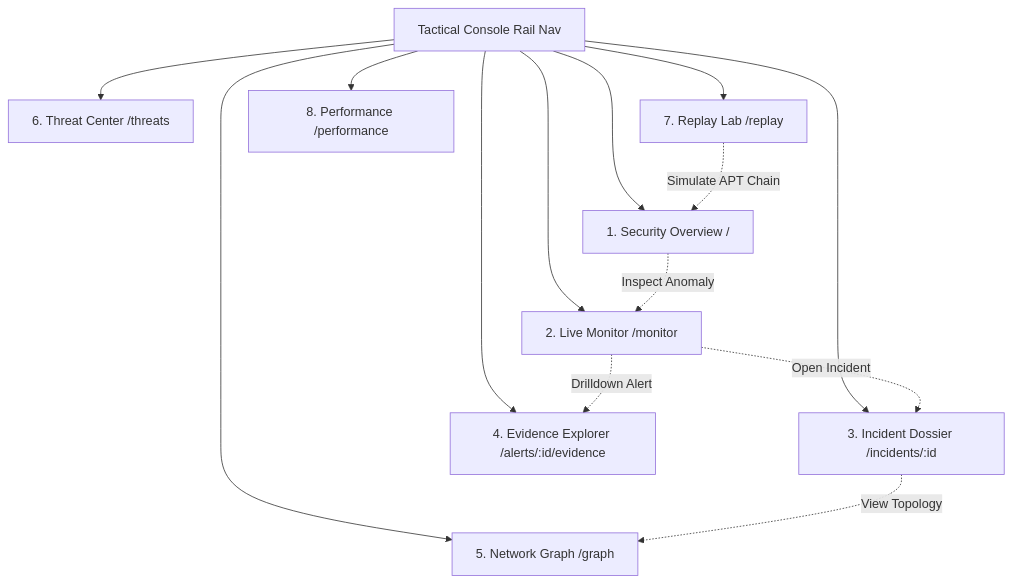
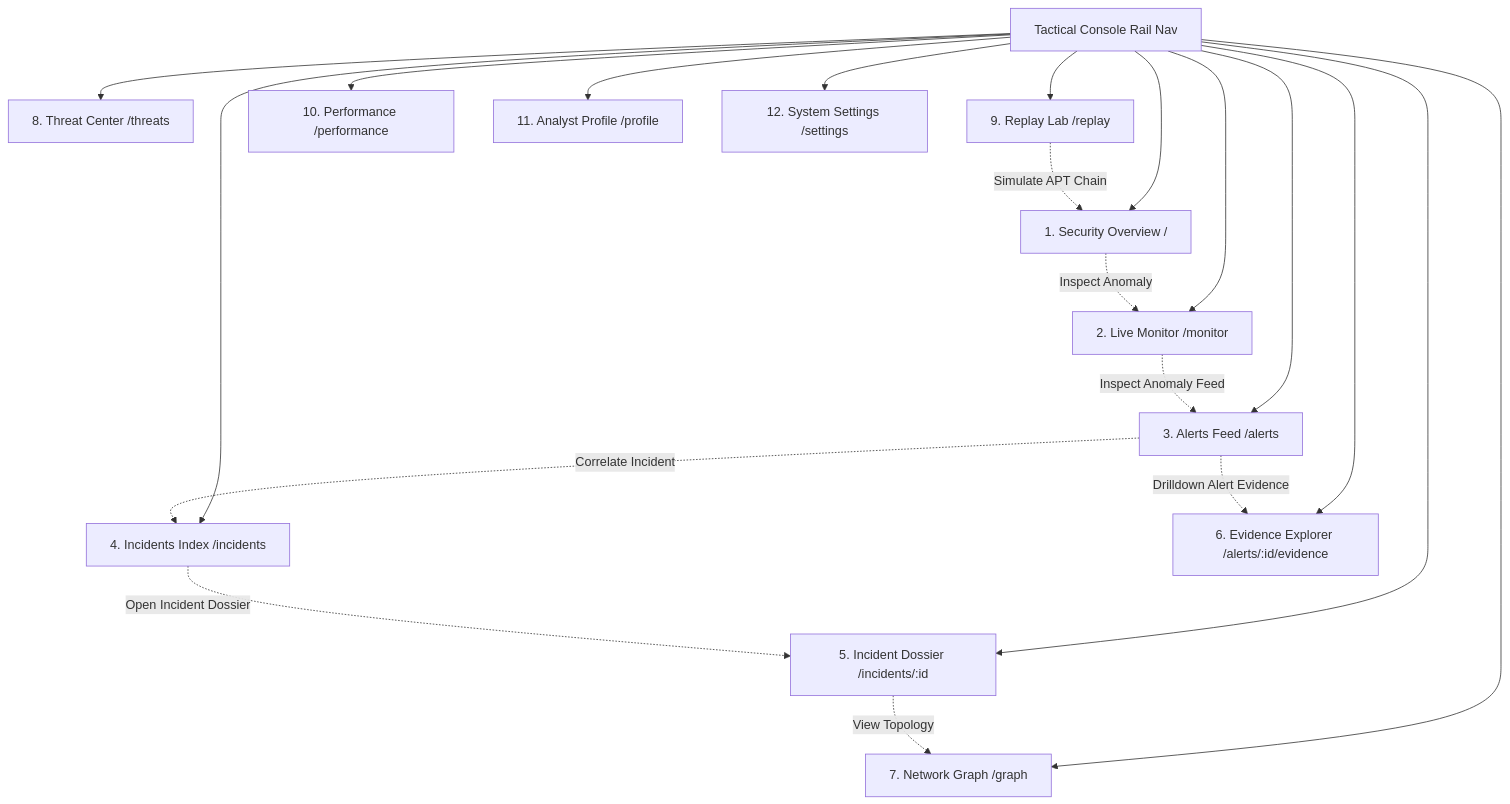
The diagram in docs/design.md (its-tanay003/UDT-X), drawn with Mermaid before and after one commit. The commit also changed other lines of this file and 29 other files, not shown here.

Commit message:
feat: initialize dashboard application with core pages, UI components, and authentication flow

````diff
--- a/docs/design.md
+++ b/docs/design.md
@@ -95,17 +95,23 @@
 ```mermaid
 graph TD
     Rail[Tactical Console Rail Nav] --> O[1. Security Overview /]
     Rail --> M[2. Live Monitor /monitor]
-    Rail --> I[3. Incident Dossier /incidents/:id]
-    Rail --> E[4. Evidence Explorer /alerts/:id/evidence]
-    Rail --> G[5. Network Graph /graph]
-    Rail --> T[6. Threat Center /threats]
-    Rail --> R[7. Replay Lab /replay]
-    Rail --> P[8. Performance /performance]
+    Rail --> AL[3. Alerts Feed /alerts]
+    Rail --> IC[4. Incidents Index /incidents]
+    Rail --> I[5. Incident Dossier /incidents/:id]
+    Rail --> E[6. Evidence Explorer /alerts/:id/evidence]
+    Rail --> G[7. Network Graph /graph]
+    Rail --> T[8. Threat Center /threats]
+    Rail --> R[9. Replay Lab /replay]
+    Rail --> P[10. Performance /performance]
+    Rail --> PR[11. Analyst Profile /profile]
+    Rail --> S[12. System Settings /settings]
 
     O -.->|Inspect Anomaly| M
-    M -.->|Drilldown Alert| E
-    M -.->|Open Incident| I
+    M -.->|Inspect Anomaly Feed| AL
+    AL -.->|Drilldown Alert Evidence| E
+    AL -.->|Correlate Incident| IC
+    IC -.->|Open Incident Dossier| I
     I -.->|View Topology| G
     R -.->|Simulate APT Chain| O
 ```
````
